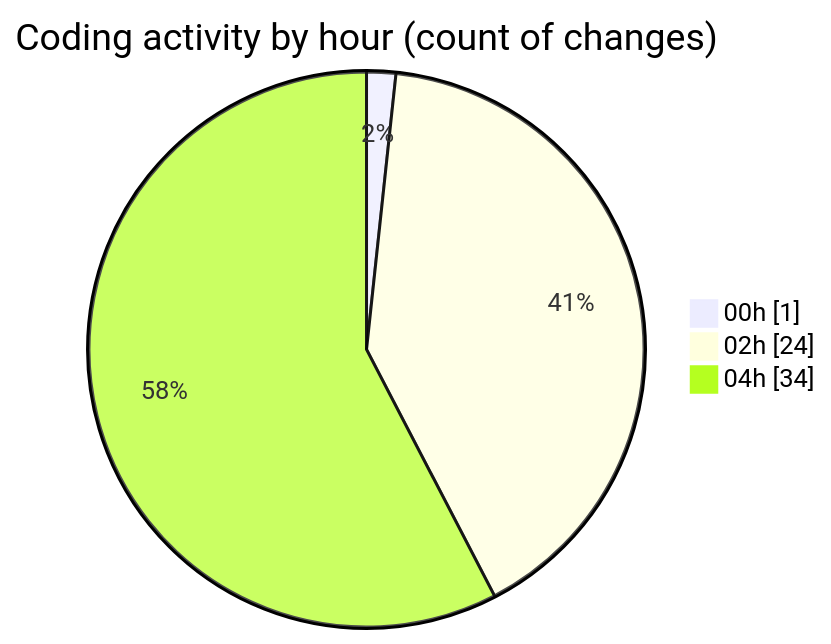
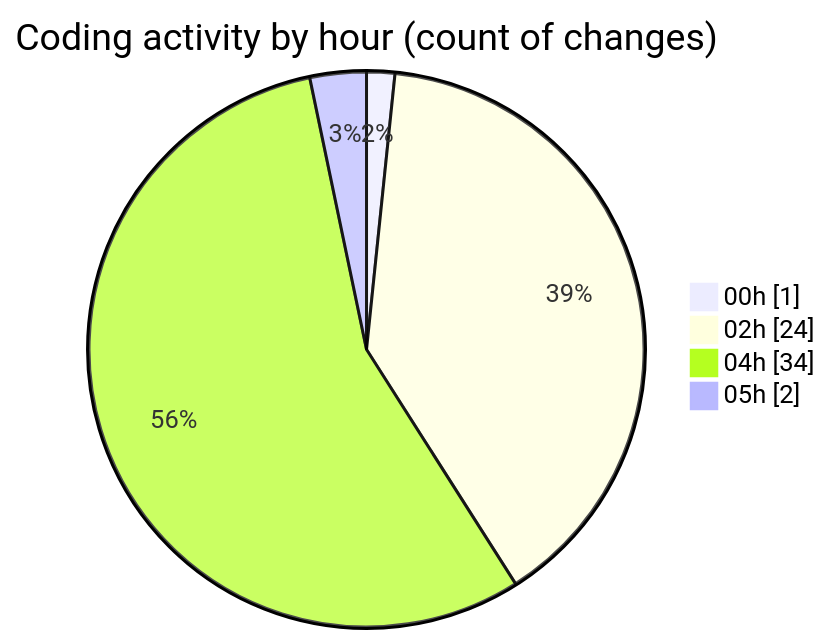
The second of 2 diagrams in 2025-11-23/eventscop-api-guide__workspace_/README.md (julien-gomy/code-tracking), drawn with Mermaid before and after one commit. The commit also changed other lines of this file and 1 other file, not shown here.

````diff
--- a/2025-11-23/eventscop-api-guide__workspace_/README.md
+++ b/2025-11-23/eventscop-api-guide__workspace_/README.md
@@ -38,7 +38,8 @@
 ```mermaid
 pie showData
 title Coding activity by hour (count of changes)
 "00h" : 1
 "02h" : 24
 "04h" : 34
+"05h" : 2
 ```
````
